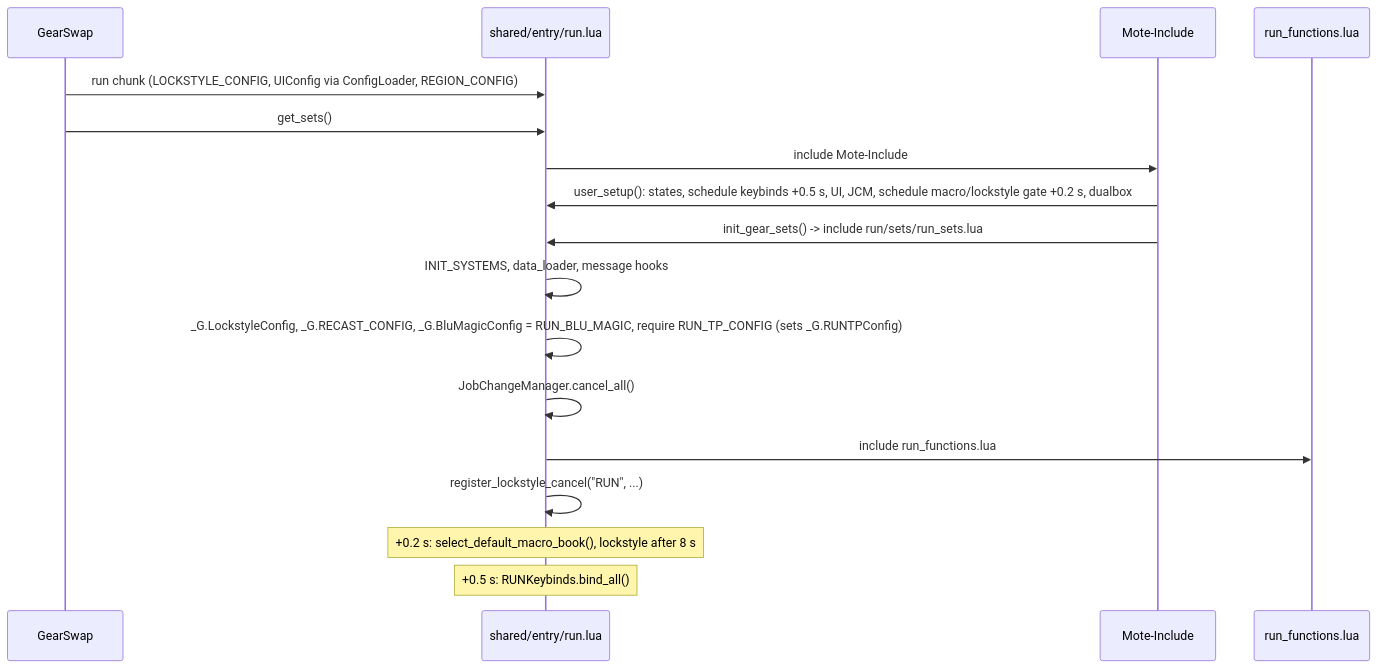
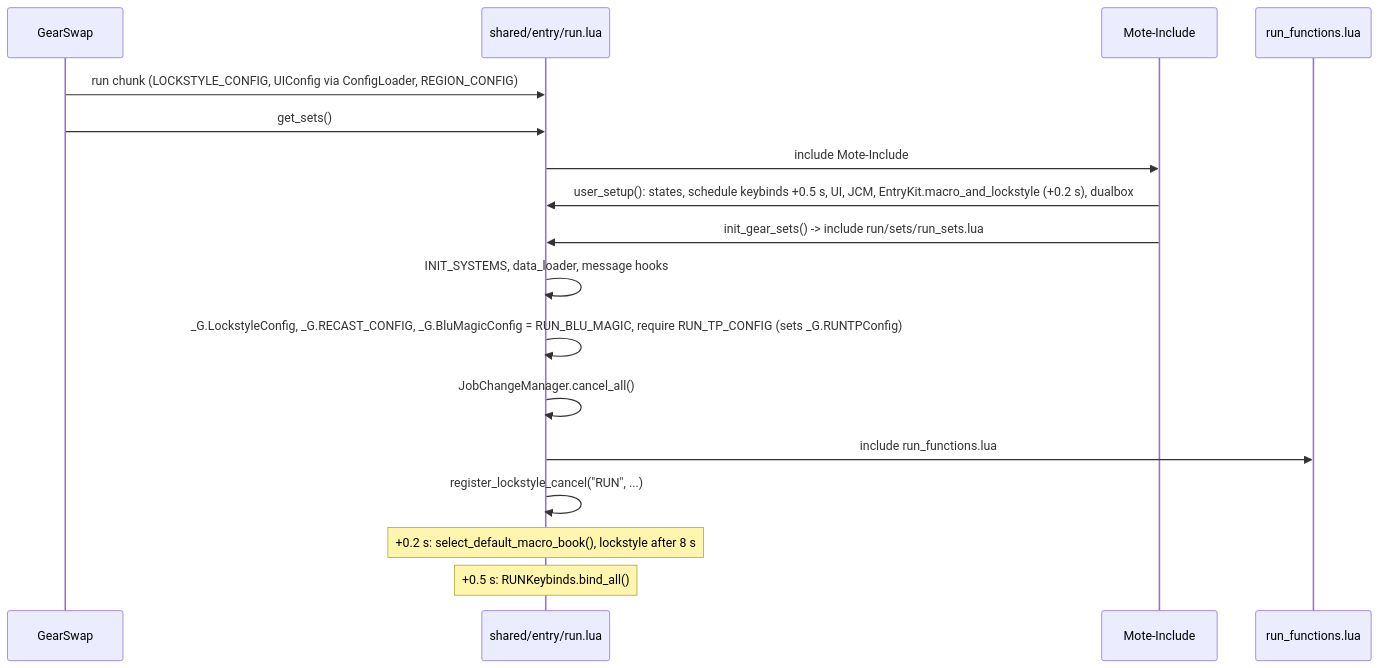
The first of 3 diagrams in docs/dev/jobs/run.md (ejouanchicot/Gearswap), drawn with Mermaid before and after one commit. The commit also changed other lines of this file and 100 other files, not shown here.

````diff
--- a/docs/dev/jobs/run.md
+++ b/docs/dev/jobs/run.md
@@ -77,19 +77,19 @@
 ```mermaid
 sequenceDiagram
     participant GS as GearSwap
     participant E as shared/entry/run.lua
     participant M as Mote-Include
     participant F as run_functions.lua
     GS->>E: run chunk (LOCKSTYLE_CONFIG, UIConfig via ConfigLoader, REGION_CONFIG)
     GS->>E: get_sets()
     E->>M: include Mote-Include
-    M->>E: user_setup(): states, schedule keybinds +0.5 s, UI, JCM, schedule macro/lockstyle gate +0.2 s, dualbox
+    M->>E: user_setup(): states, schedule keybinds +0.5 s, UI, JCM, EntryKit.macro_and_lockstyle (+0.2 s), dualbox
     M->>E: init_gear_sets() -> include run/sets/run_sets.lua
     E->>E: INIT_SYSTEMS, data_loader, message hooks
     E->>E: _G.LockstyleConfig, _G.RECAST_CONFIG, _G.BluMagicConfig = RUN_BLU_MAGIC, require RUN_TP_CONFIG (sets _G.RUNTPConfig)
     E->>E: JobChangeManager.cancel_all()
     E->>F: include run_functions.lua
     E->>E: register_lockstyle_cancel("RUN", ...)
     Note over E: +0.2 s: select_default_macro_book(), lockstyle after 8 s
     Note over E: +0.5 s: RUNKeybinds.bind_all()
 ```
````
